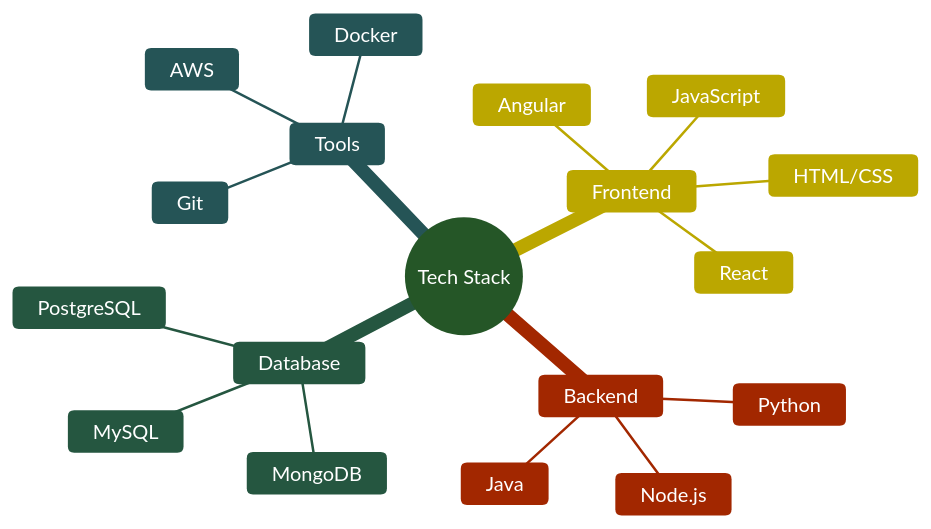
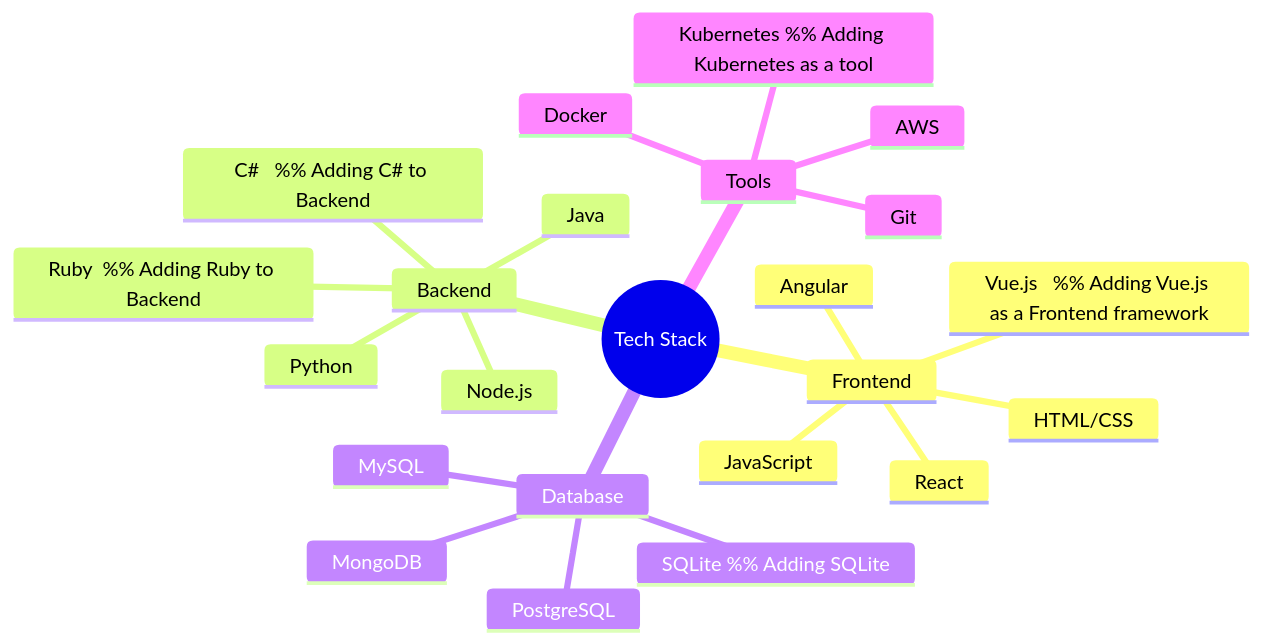
Before and after one commit to udithanayanajith/udithanayanajith: the first of 3 diagrams in README.md, drawn with Mermaid.

````diff
--- a/README.md
+++ b/README.md
@@ -12,23 +12,43 @@
 ```mermaid
-%%{init: {'theme': 'base', 'themeVariables': { 'fontSize': '16px', 'primaryColor': '#4CAF50', 'secondaryColor': '#FFEB3B', 'tertiaryColor': '#FF5722', 'edgeLabelBackground': '#ffffff', 'primaryTextColor': '#FFFFFF', 'secondaryTextColor': '#000000', 'tertiaryTextColor': '#FFFFFF', 'nodeBorder': '2px solid #FFEB3B', 'nodeTextColor': '#FFFFFF', 'linkColor': '#2196F3'}}}%%
+%%{init: {'theme': 'base', 'themeVariables': { 
+  'fontSize': '16px', 
+  'primaryColor': '#2196F3', 
+  'secondaryColor': '#FFEB3B', 
+  'tertiaryColor': '#FF5722', 
+  'edgeLabelBackground': '#ffffff', 
+  'primaryTextColor': '#FFFFFF', 
+  'secondaryTextColor': '#000000', 
+  'tertiaryTextColor': '#FFFFFF', 
+  'nodeBorder': '2px solid #FFEB3B', 
+  'nodeTextColor': '#FFFFFF', 
+  'linkColor': '#4CAF50',
+  'nodeShape': 'circle',  %% Adding a shape for Frontend nodes
+  'backendNodeShape': 'rect' %% Adding a different shape for Backend nodes
+}}}%%
 mindmap
- root((Tech Stack))
+  root((Tech Stack))
     Frontend
       HTML/CSS
       JavaScript
       React
       Angular
+      Vue.js   %% Adding Vue.js as a Frontend framework
     Backend
       Node.js
       Python
       Java
+      C#   %% Adding C# to Backend
+      Ruby  %% Adding Ruby to Backend
     Database
       MongoDB
       MySQL
       PostgreSQL
+      SQLite %% Adding SQLite
     Tools
       Git
       Docker
       AWS
+      Kubernetes %% Adding Kubernetes as a tool
+
 
 ```
````
